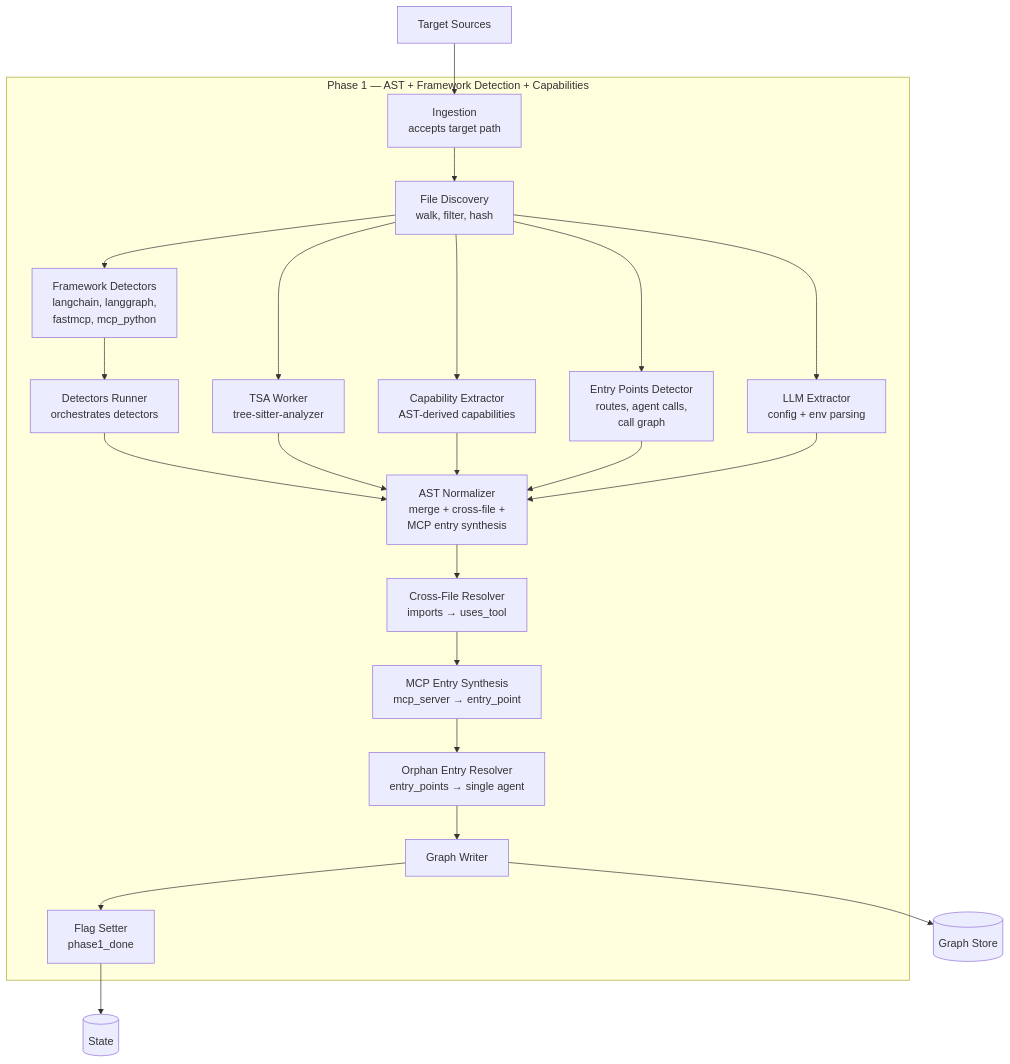
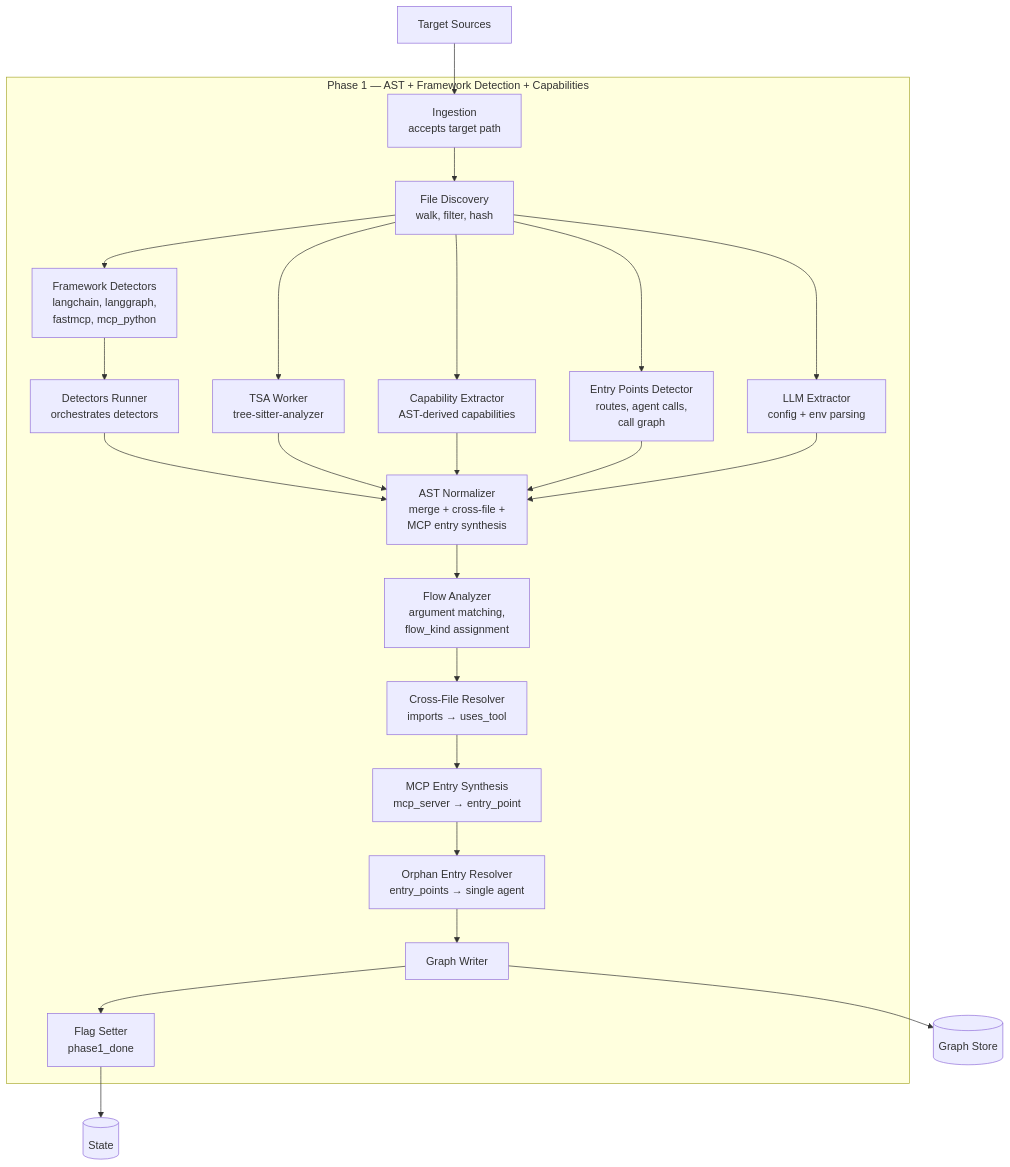
Before and after one commit to Malinowiy/AICorellator: the diagram in Documentation/Architecture/C4_L3_Phase1.md, drawn with Mermaid. The commit also changed other lines of this file and 8 other files, not shown here.

First line of the commit message:
docs: ADR-0015 control flow vs data flow

````diff
--- a/Documentation/Architecture/C4_L3_Phase1.md
+++ b/Documentation/Architecture/C4_L3_Phase1.md
@@ -25,40 +25,42 @@
 ```mermaid
 flowchart TB
     subgraph PH1["Phase 1 — AST + Framework Detection + Capabilities"]
         ING[Ingestion<br/>accepts target path]
         DISC[File Discovery<br/>walk, filter, hash]
         CAP[Capability Extractor<br/>AST-derived capabilities]
         TSA[TSA Worker<br/>tree-sitter-analyzer]
         DET[Framework Detectors<br/>langchain, langgraph,<br/>fastmcp, mcp_python]
         RUN[Detectors Runner<br/>orchestrates detectors]
         EP[Entry Points Detector<br/>routes, agent calls,<br/>call graph]
         LLMX[LLM Extractor<br/>config + env parsing]
+        FLOW[Flow Analyzer<br/>argument matching,<br/>flow_kind assignment]
         NORM[AST Normalizer<br/>merge + cross-file +<br/>MCP entry synthesis]
         XF[Cross-File Resolver<br/>imports → uses_tool]
         MCPENT[MCP Entry Synthesis<br/>mcp_server → entry_point]
         ORPH[Orphan Entry Resolver<br/>entry_points → single agent]
         WRITE[Graph Writer]
         FLAG[Flag Setter<br/>phase1_done]
     end
 
     SRC[Target Sources] --> ING
     ING --> DISC
     DISC --> TSA
     DISC --> CAP
     DISC --> DET
     DISC --> EP
     DISC --> LLMX
     DET --> RUN
     RUN --> NORM
     TSA --> NORM
     CAP --> NORM
     EP --> NORM
     LLMX --> NORM
-    NORM --> XF
+    NORM --> FLOW
+    FLOW --> XF
     XF --> MCPENT
     MCPENT --> ORPH
     ORPH --> WRITE
     WRITE --> GS[(Graph Store)]
     WRITE --> FLAG
     FLAG --> STATE[(State)]
 ```
````
